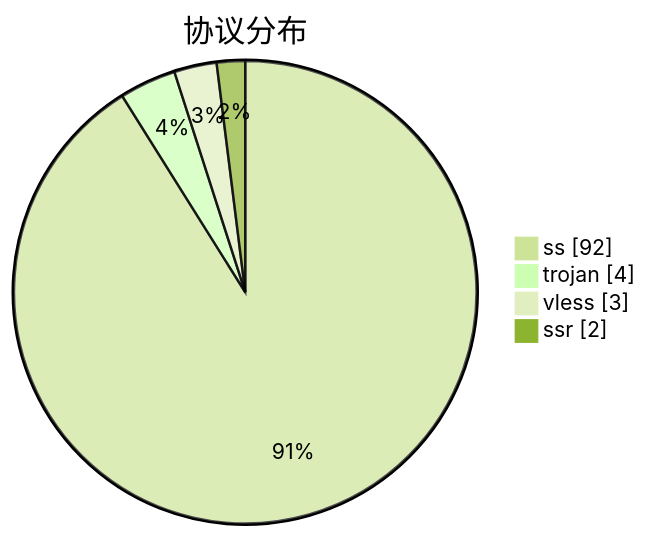
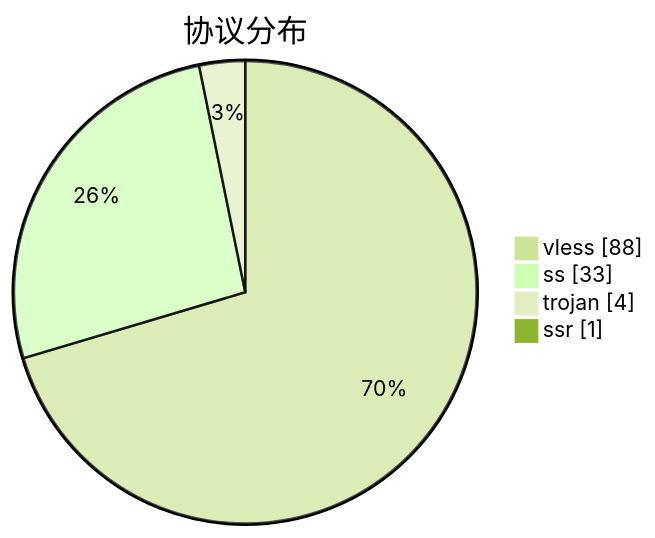
The third of 3 diagrams in subs/statistics/tested_within.md (qjlxg/airport), drawn with Mermaid (forest theme) before and after one commit. The commit also changed other lines of this file and 2 other files, not shown here.

````diff
--- a/subs/statistics/tested_within.md
+++ b/subs/statistics/tested_within.md
@@ -29,8 +29,8 @@
 ```mermaid
 pie showData
 title 协议分布
-"ss" : 92
+"vless" : 88
+"ss" : 33
 "trojan" : 4
-"vless" : 3
-"ssr" : 2
+"ssr" : 1
 ```
````
